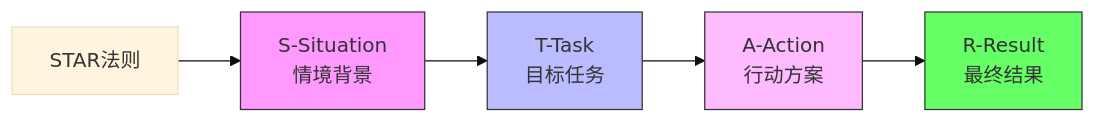
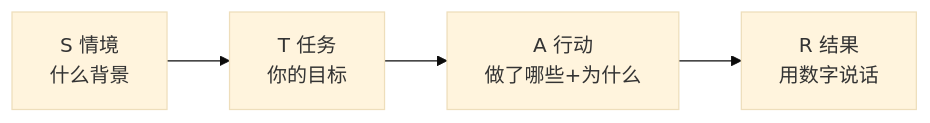
Before and after one commit to chongyang211/YCBookBlog: the diagram in packages/website/13.书籍/05.自我精进·成事/03.事中执行/05.STAR摸底分析法.md, drawn with Mermaid (base theme). The commit also changed other lines of this file and 62 other files, not shown here.

````diff
--- a/packages/website/13.书籍/05.自我精进·成事/03.事中执行/05.STAR摸底分析法.md
+++ b/packages/website/13.书籍/05.自我精进·成事/03.事中执行/05.STAR摸底分析法.md
@@ -81,11 +68,6 @@
 ```mermaid
 graph LR
-    A[STAR法则] --> B[S-Situation<br>情境背景]
-    B --> C[T-Task<br>目标任务]
-    C --> D[A-Action<br>行动方案]
-    D --> E[R-Result<br>最终结果]
-    style B fill:#f9f,stroke:#333
-    style C fill:#bbf,stroke:#333
-    style D fill:#fbf,stroke:#333
-    style E fill:#6f6,stroke:#333
+    S[S 情境<br/>什么背景] --> T[T 任务<br/>你的目标]
+    T --> A[A 行动<br/>做了哪些+为什么]
+    A --> R[R 结果<br/>用数字说话]
 ```
````
